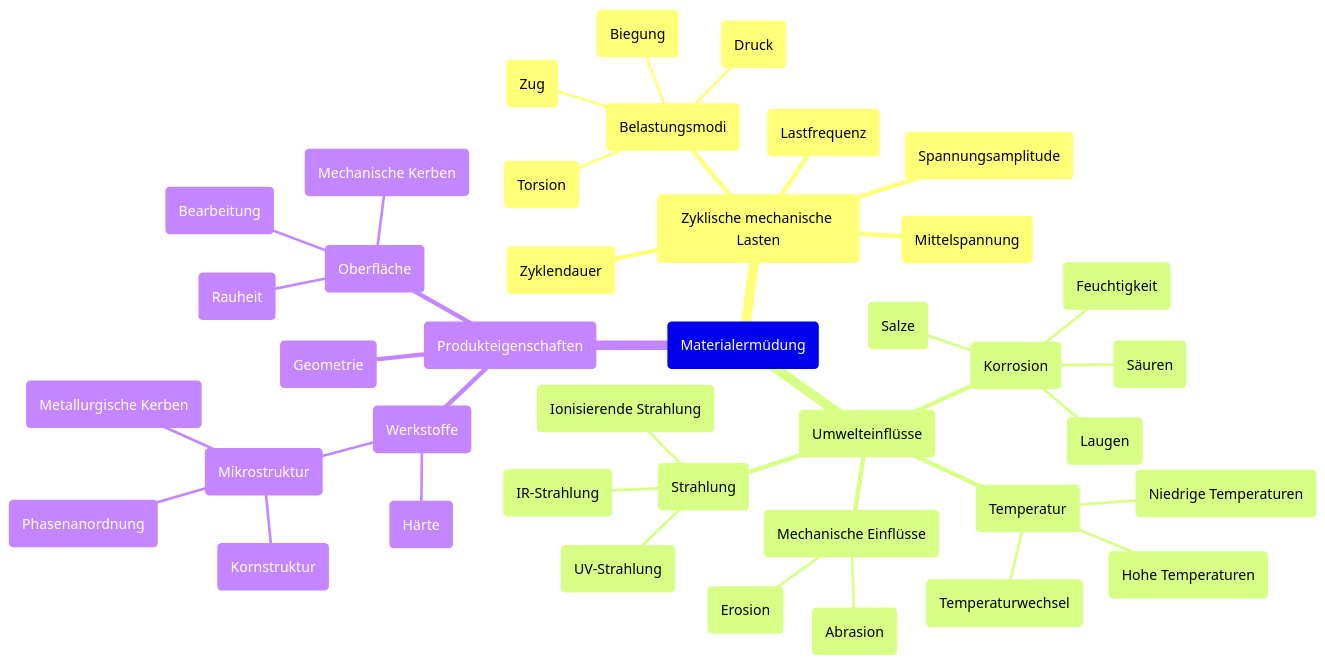
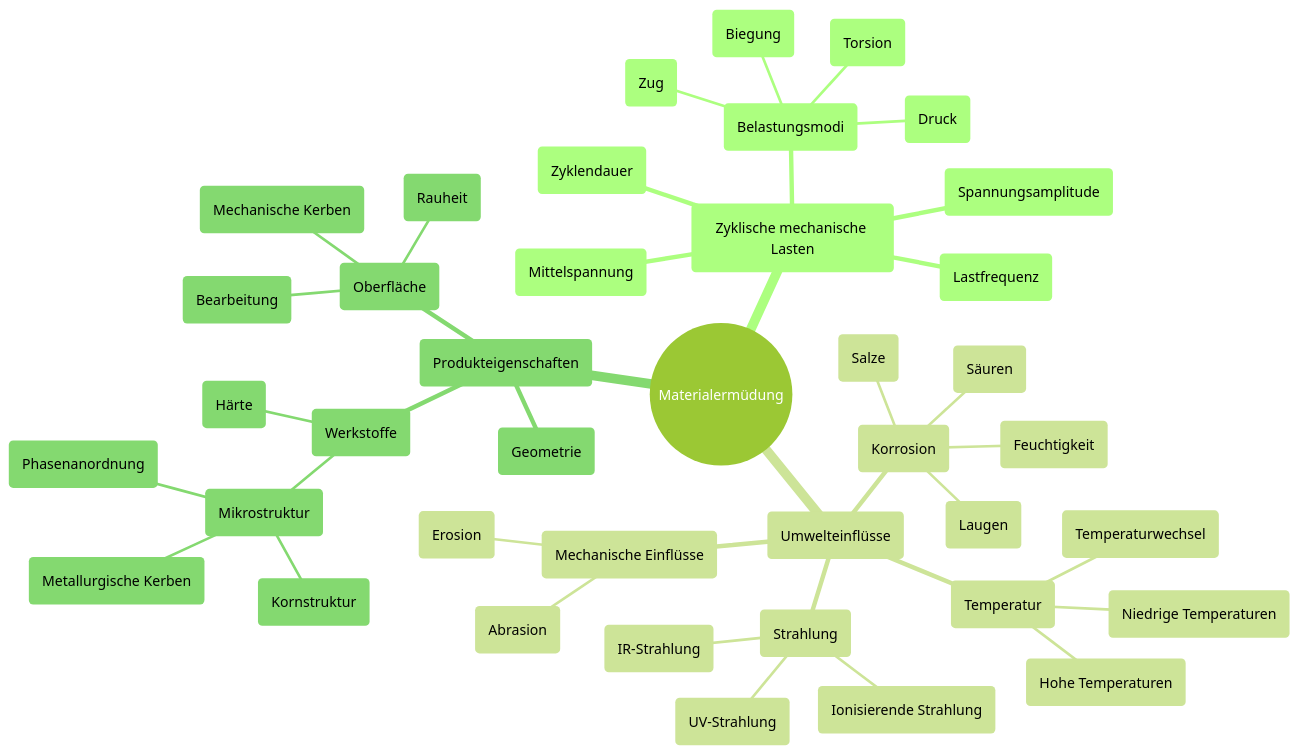
One commit to mrossde/PE1_PE2 changed the diagram in Materialermuedung.qmd. Above: the diagram before and after it, drawn with Mermaid. The commit also changed other lines of this file and 31 other files, not shown here.

````diff
--- a/Materialermuedung.qmd
+++ b/Materialermuedung.qmd
@@ -63,45 +70,46 @@
 ```{mermaid}
 %%| label: fig-label-mmmaterialermuedung
 %%| fig-cap: "Mindmap wichtiger Einflussfaktoren auf die Materialermüdung bei Produkten"
+%%{init: {'theme': 'forest'}}%%
 mindmap
-  root(Materialermüdung)
+  root((Materialermüdung))
     (Zyklische mechanische Lasten)
       (Spannungsamplitude)
       (Mittelspannung)
       (Lastfrequenz)
       (Zyklendauer)
       (Belastungsmodi)
         (Zug)
         (Druck)
         (Biegung)
         (Torsion)
     (Umwelteinflüsse)
       (Korrosion)
         (Feuchtigkeit)
         (Salze)
         (Säuren)
         (Laugen)
       (Temperatur)
         (Hohe Temperaturen)
         (Niedrige Temperaturen)
         (Temperaturwechsel)
       (Strahlung)
         (IR-Strahlung)
         (UV-Strahlung)
         (Ionisierende Strahlung)
       (Mechanische Einflüsse)
         (Abrasion)
         (Erosion)
     (Produkteigenschaften)
       (Geometrie)
       (Werkstoffe)
         (Mikrostruktur)
           (Kornstruktur)
           (Phasenanordnung)
           (Metallurgische Kerben)
         (Härte)
       (Oberfläche)
         (Mechanische Kerben)
         (Rauheit)
         (Bearbeitung)
 ```
````
